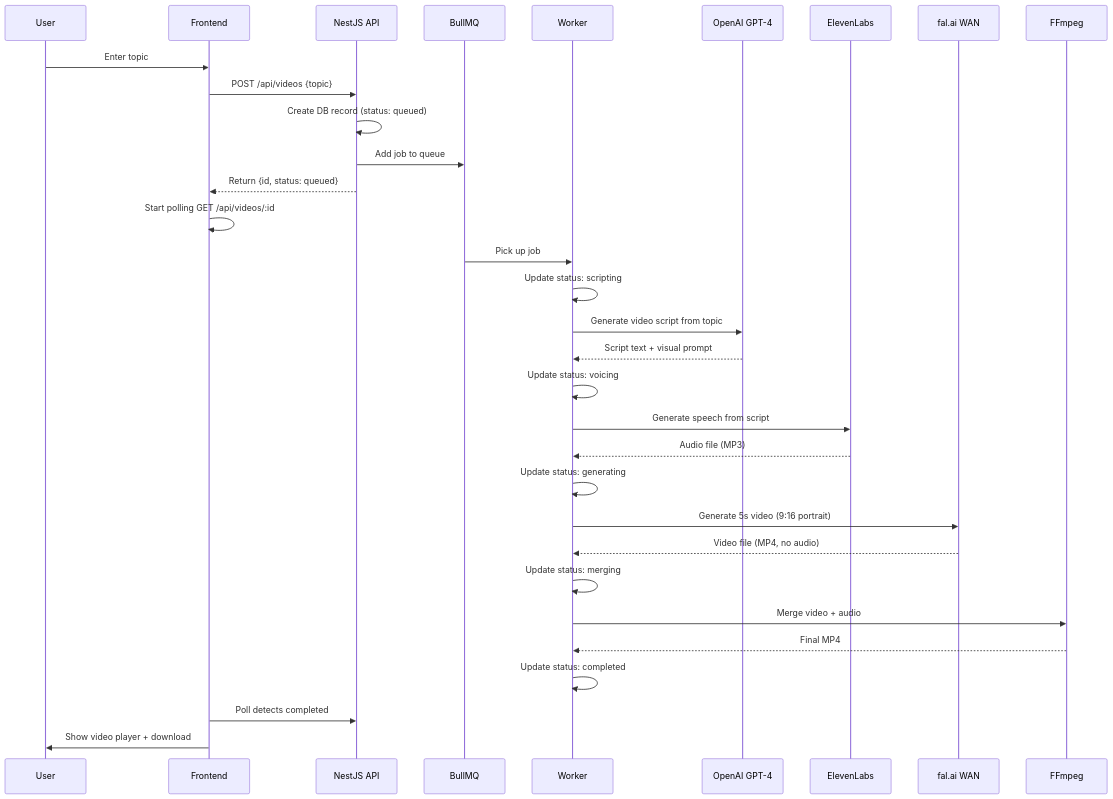
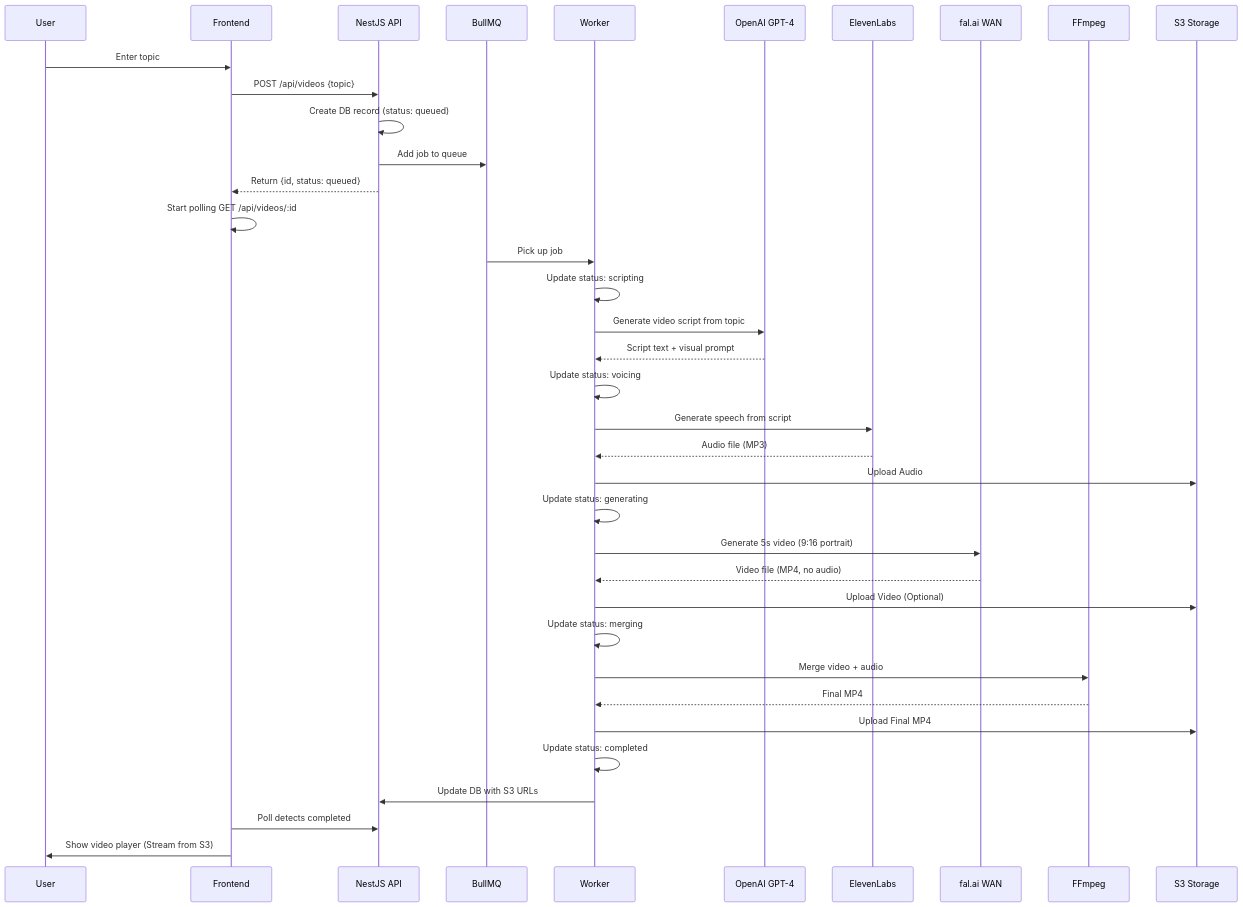
The second of 2 diagrams in docs/implementation-plan.md (UygarDeniz/ai-shorts), drawn with Mermaid before and after one commit. The commit also changed other lines of this file and 42 other files, not shown here.

````diff
--- a/docs/implementation-plan.md
+++ b/docs/implementation-plan.md
@@ -104,40 +98,45 @@
 ```mermaid
 sequenceDiagram
     participant User
     participant Frontend
     participant API as NestJS API
     participant Q as BullMQ
     participant W as Worker
     participant GPT as OpenAI GPT-4
     participant EL as ElevenLabs
     participant FAL as fal.ai WAN
     participant FF as FFmpeg
+    participant S3 as S3 Storage
 
     User->>Frontend: Enter topic
     Frontend->>API: POST /api/videos {topic}
     API->>API: Create DB record (status: queued)
     API->>Q: Add job to queue
     API-->>Frontend: Return {id, status: queued}
     Frontend->>Frontend: Start polling GET /api/videos/:id
 
     Q->>W: Pick up job
     W->>W: Update status: scripting
     W->>GPT: Generate video script from topic
     GPT-->>W: Script text + visual prompt
 
     W->>W: Update status: voicing
     W->>EL: Generate speech from script
     EL-->>W: Audio file (MP3)
+    W->>S3: Upload Audio
 
     W->>W: Update status: generating
     W->>FAL: Generate 5s video (9:16 portrait)
     FAL-->>W: Video file (MP4, no audio)
+    W->>S3: Upload Video (Optional)
 
     W->>W: Update status: merging
     W->>FF: Merge video + audio
     FF-->>W: Final MP4
+    W->>S3: Upload Final MP4
 
     W->>W: Update status: completed
+    W->>API: Update DB with S3 URLs
     Frontend->>API: Poll detects completed
-    Frontend->>User: Show video player + download
+    Frontend->>User: Show video player (Stream from S3)
 ```
````
